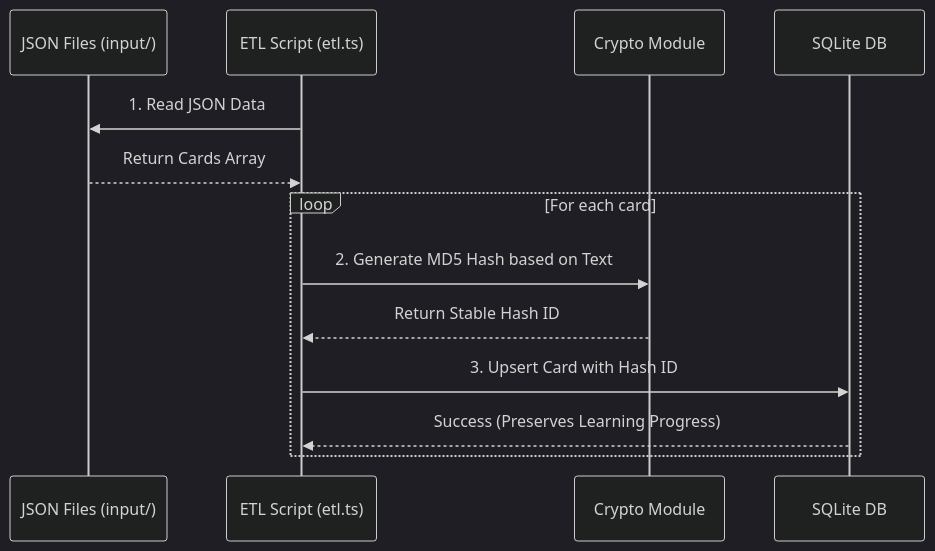
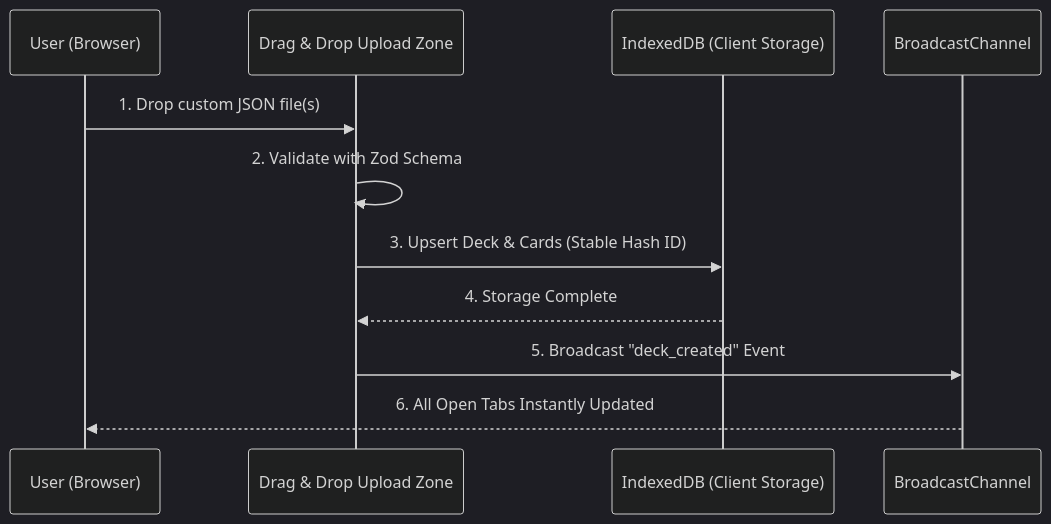
Before and after one commit to idenrai/memorize_supporter: the third of 4 diagrams in doc/architecture.md, drawn with Mermaid (dark theme). The commit also changed other lines of this file and 3 other files, not shown here.

````diff
--- a/doc/architecture.md
+++ b/doc/architecture.md
@@ -255,16 +255,14 @@
 ```mermaid
 sequenceDiagram
-    participant J as JSON Files (input/)
-    participant E as ETL Script (etl.ts)
-    participant C as Crypto Module
-    participant DB as SQLite DB
+    participant U as User (Browser)
+    participant UI as Drag & Drop Upload Zone
+    participant IDB as IndexedDB (Client Storage)
+    participant BC as BroadcastChannel
     
-    E->>J: 1. Read JSON Data
-    J-->>E: Return Cards Array
-    loop For each card
-        E->>C: 2. Generate MD5 Hash based on Text
-        C-->>E: Return Stable Hash ID
-        E->>DB: 3. Upsert Card with Hash ID
-        DB-->>E: Success (Preserves Learning Progress)
-    end
+    U->>UI: 1. Drop custom JSON file(s)
+    UI->>UI: 2. Validate with Zod Schema
+    UI->>IDB: 3. Upsert Deck & Cards (Stable Hash ID)
+    IDB-->>UI: 4. Storage Complete
+    UI->>BC: 5. Broadcast "deck_created" Event
+    BC-->>U: 6. All Open Tabs Instantly Updated
 ```
````
